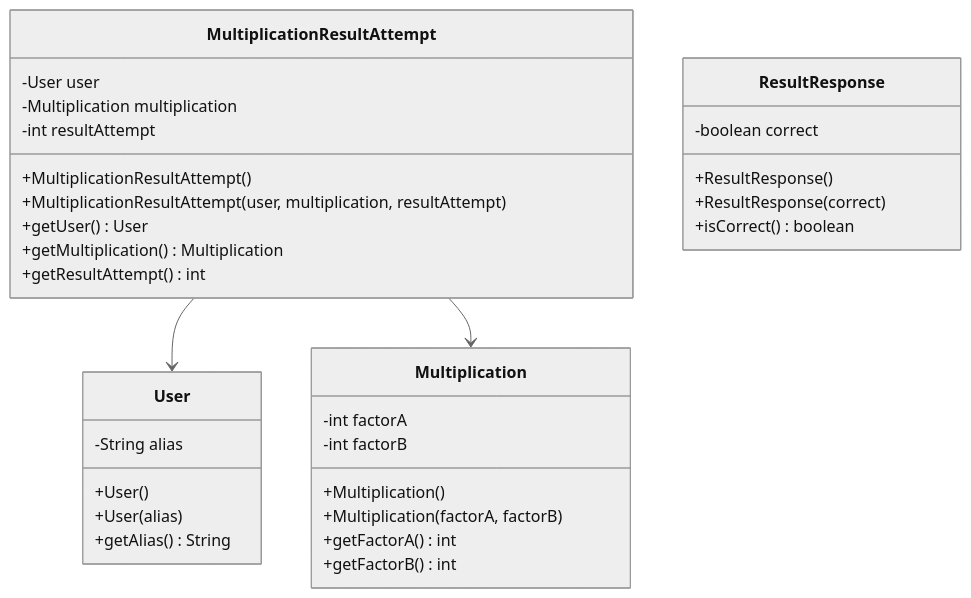
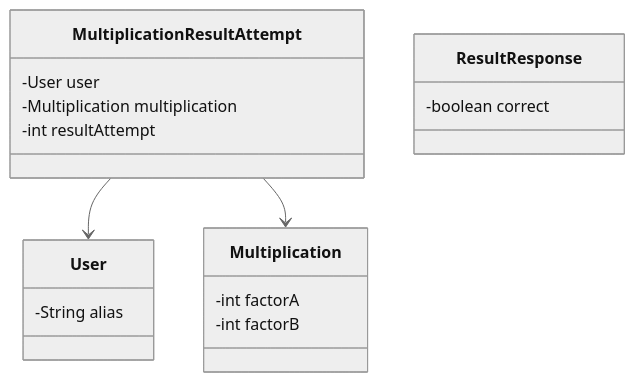
Before and after one commit to KIMB0B/MultiplicationGame: the first of 2 diagrams in README.md, drawn with Mermaid (neutral theme). The commit also changed other lines of this file, not shown here.

Commit message:
docs: 1차 요구사항 다이어그램에 생성자, getter 함수 제거

````diff
--- a/README.md
+++ b/README.md
@@ -7,39 +7,24 @@
 ```mermaid
 classDiagram
     class Multiplication {
         -int factorA
         -int factorB
-        +Multiplication()
-        +Multiplication(factorA, factorB)
-        +getFactorA() int
-        +getFactorB() int
     }
     
     class User {
         -String alias
-        +User()
-        +User(alias)
-        +getAlias() String
     }
     
     class MultiplicationResultAttempt {
         -User user
         -Multiplication multiplication
         -int resultAttempt
-        +MultiplicationResultAttempt()
-        +MultiplicationResultAttempt(user, multiplication, resultAttempt)
-        +getUser() User
-        +getMultiplication() Multiplication
-        +getResultAttempt() int
     }
     
     class ResultResponse {
         -boolean correct
-        +ResultResponse()
-        +ResultResponse(correct)
-        +isCorrect() boolean
     }
     
     MultiplicationResultAttempt --> User
     MultiplicationResultAttempt --> Multiplication
 ```
````
